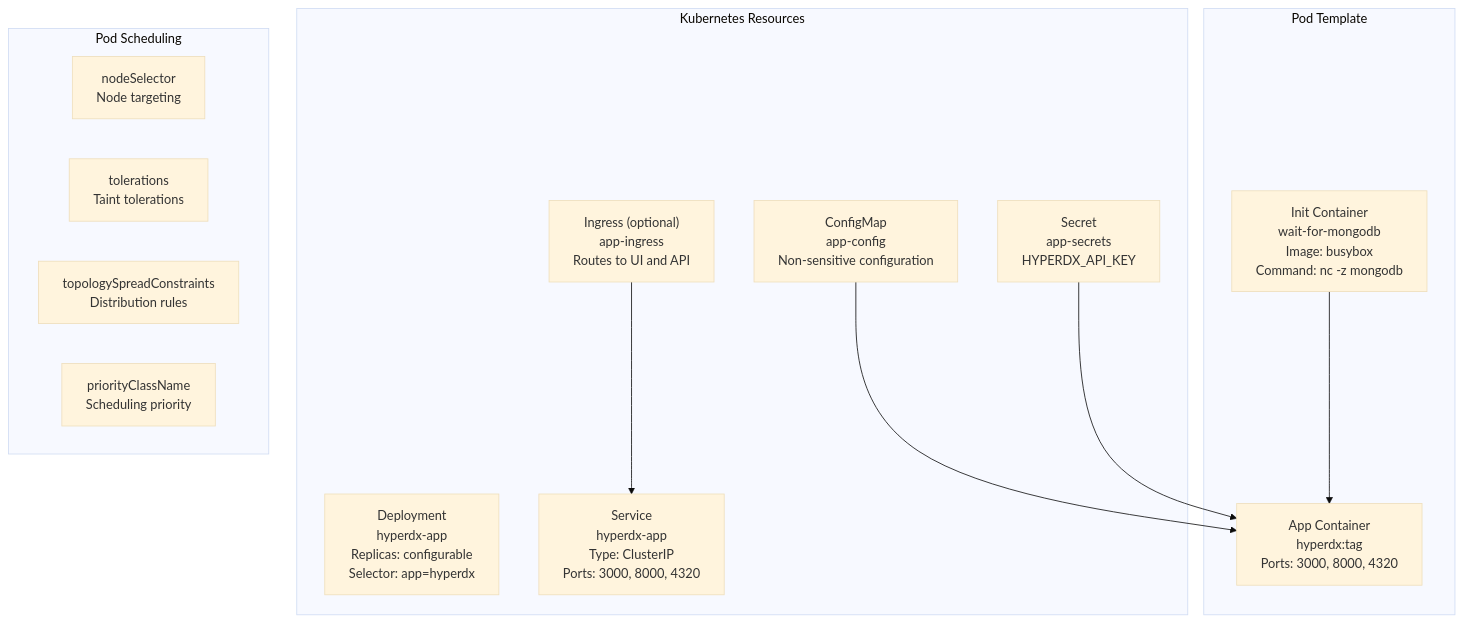
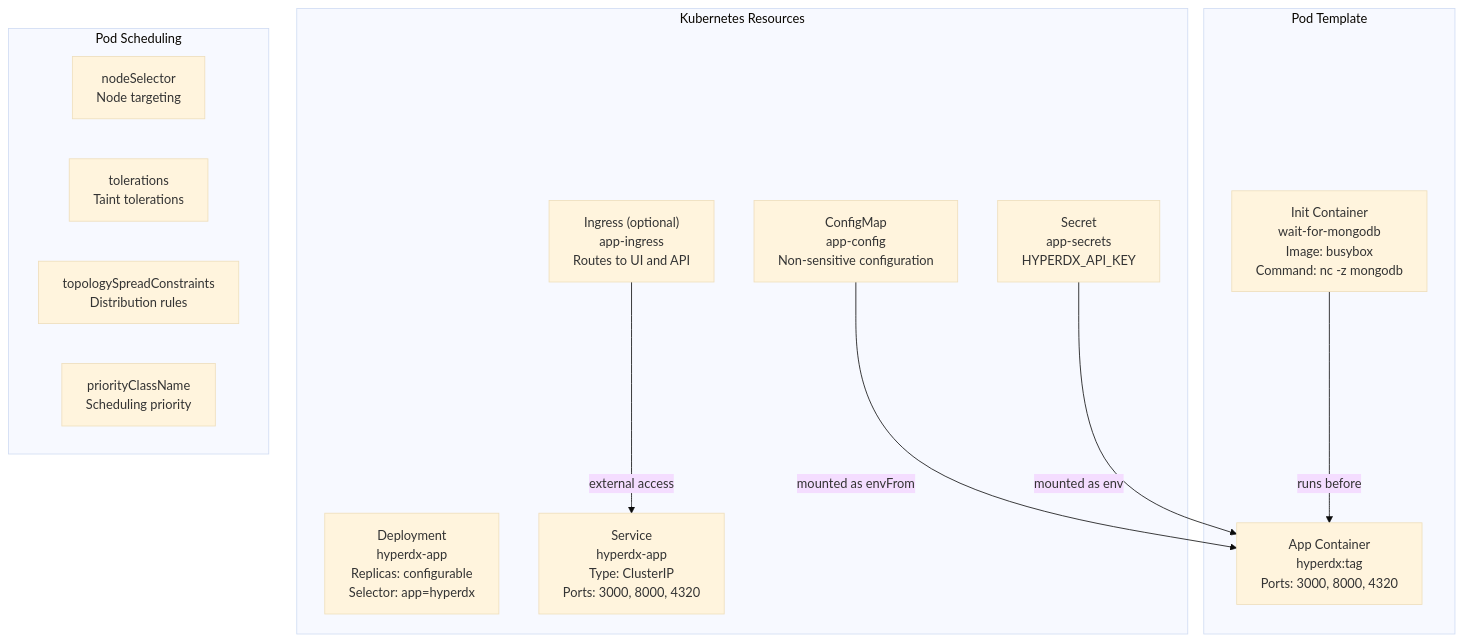
One commit to openchoreo/openchoreo changed the second of 5 diagrams in docs/hyperdxio-helm-charts-docs/HyperDX-Application.md. Above: the diagram before and after it, drawn with Mermaid (base theme). The commit also changed other lines of this file and 85 other files, not shown here.

Commit message:
feat: Add new workflow and specification templates, update Helm chart dependencies, and clarify documentation diagrams.

````diff
--- a/docs/hyperdxio-helm-charts-docs/HyperDX-Application.md
+++ b/docs/hyperdxio-helm-charts-docs/HyperDX-Application.md
@@ -62,40 +62,40 @@
 ```mermaid
 flowchart TD
 
 NodeSelector["nodeSelector<br>Node targeting"]
 Tolerations["tolerations<br>Taint tolerations"]
 TopologySpread["topologySpreadConstraints<br>Distribution rules"]
 PriorityClass["priorityClassName<br>Scheduling priority"]
 Deployment["Deployment<br>hyperdx-app<br>Replicas: configurable<br>Selector: app=hyperdx"]
 Service["Service<br>hyperdx-app<br>Type: ClusterIP<br>Ports: 3000, 8000, 4320"]
 ConfigMap["ConfigMap<br>app-config<br>Non-sensitive configuration"]
 Secret["Secret<br>app-secrets<br>HYPERDX_API_KEY"]
 Ingress["Ingress (optional)<br>app-ingress<br>Routes to UI and API"]
 InitContainer["Init Container<br>wait-for-mongodb<br>Image: busybox<br>Command: nc -z mongodb"]
 AppContainer["App Container<br>hyperdx:tag<br>Ports: 3000, 8000, 4320"]
 
-ConfigMap --> AppContainer
-Secret --> AppContainer
+ConfigMap -->|"mounted as envFrom"| AppContainer
+Secret -->|"mounted as env"| AppContainer
 
 subgraph Pod ["Pod Template"]
     InitContainer
     AppContainer
-    InitContainer --> AppContainer
+    InitContainer -->|"runs before"| AppContainer
 end
 
 subgraph Resources ["Kubernetes Resources"]
     Deployment
     Service
     ConfigMap
     Secret
     Ingress
-    Ingress --> Service
+    Ingress -->|"external access"| Service
 end
 
 subgraph Scheduling ["Pod Scheduling"]
     NodeSelector
     Tolerations
     TopologySpread
     PriorityClass
 end
 ```
````
